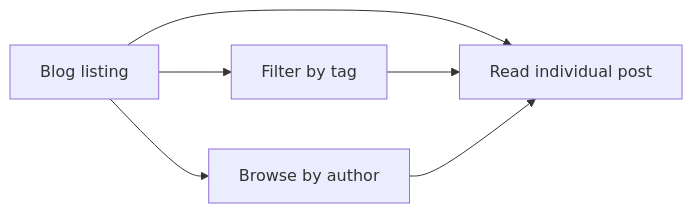
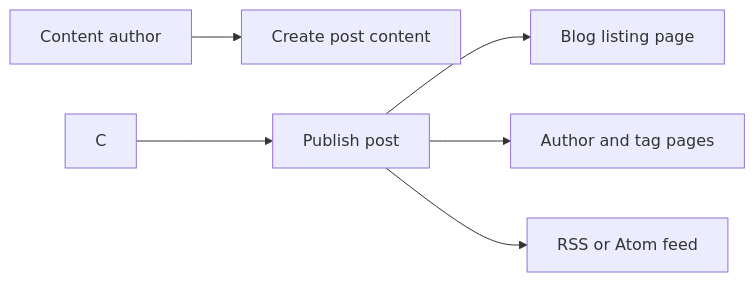
The second of 2 diagrams in api2-documentation/plan_2026-11-02_f8890e/user-facing-docs/blog.md (Mohita111/API2), drawn with Mermaid before and after one commit. The commit also changed other lines of this file and 11 other files, not shown here.

````diff
--- a/api2-documentation/plan_2026-11-02_f8890e/user-facing-docs/blog.md
+++ b/api2-documentation/plan_2026-11-02_f8890e/user-facing-docs/blog.md
@@ -57,8 +31,8 @@
 ```mermaid
 graph LR
-    Listing[Blog listing] --> Post[Read individual post]
-    Listing --> Tags[Filter by tag]
-    Listing --> Authors[Browse by author]
-    Tags --> Post
-    Authors --> Post
+    A[Content author] --> B[Create post content]
+    C --> D[Publish post]
+    D --> E[Blog listing page]
+    D --> F[Author and tag pages]
+    D --> G[RSS or Atom feed]
 ```
````
